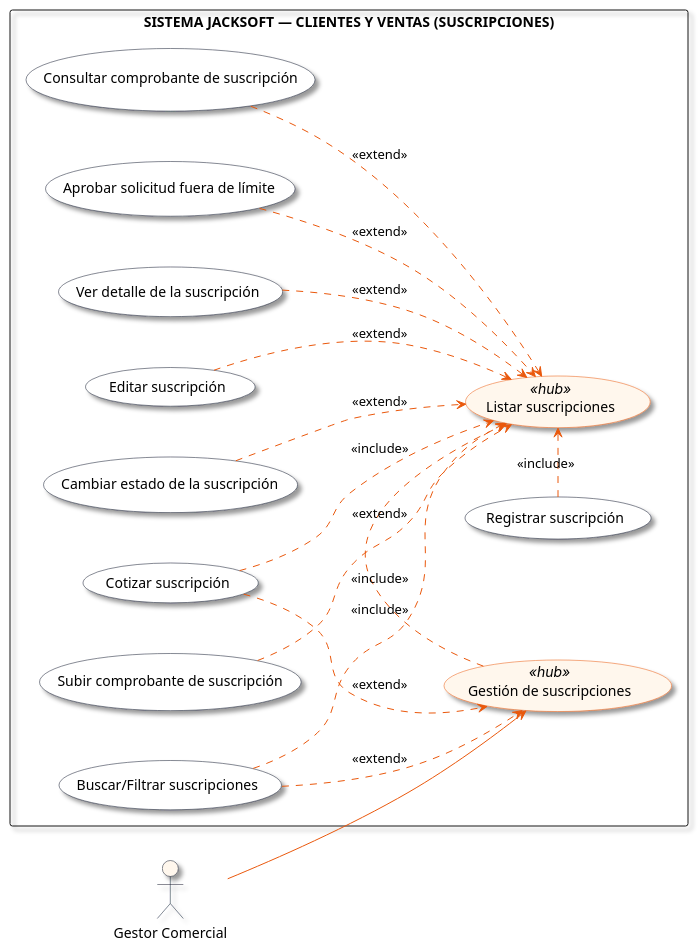
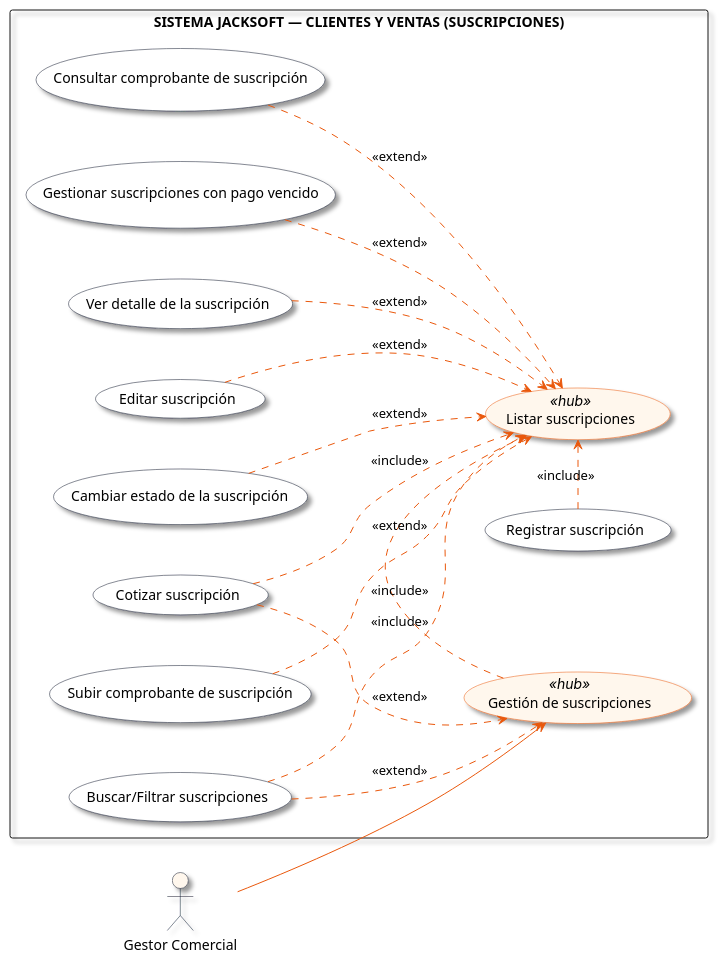
One commit to alejandrogomezmesa1/Documentacion_JackSoft changed the diagram in Diagramas_PUML/SUSCRIPCIONES.puml. Above: the diagram before and after it, drawn with PlantUML. The commit also changed 27 other files, not shown here.

```diff
--- a/Diagramas_PUML/SUSCRIPCIONES.puml
+++ b/Diagramas_PUML/SUSCRIPCIONES.puml
@@ -1,54 +1,54 @@
 @startuml
 left to right direction
 skinparam packageStyle rectangle
 skinparam nodesep 50
 skinparam ranksep 70
 skinparam shadowing true
 skinparam defaultFontName "Inter, Arial, sans-serif"
 
 skinparam actor {
   BorderColor #0f172a
   BackgroundColor #fff7ed
 }
 
 skinparam usecase {
   BackgroundColor #ffffff
   BorderColor #0f172a
   ArrowColor #ea580c
 }
 
 skinparam usecase<<hub>> {
   BackgroundColor #fff7ed
   BorderColor #ea580c
 }
 
 actor "Gestor Comercial" as actor_user
 
 rectangle "SISTEMA JACKSOFT — CLIENTES Y VENTAS (SUSCRIPCIONES)" {
   usecase "Gestión de suscripciones" as UC_Hub <<hub>>
   usecase "Listar suscripciones" as UC_Central <<hub>>
   usecase "Cotizar suscripción" as UC_Top1
   usecase "Registrar suscripción" as UC_Top2
   usecase "Buscar/Filtrar suscripciones" as UC_Bot1
   usecase "Ver detalle de la suscripción" as UC_R1
   usecase "Editar suscripción" as UC_R2
   usecase "Cambiar estado de la suscripción" as UC_R3
   usecase "Subir comprobante de suscripción" as UC_R4
   usecase "Consultar comprobante de suscripción" as UC_R5
-  usecase "Aprobar solicitud fuera de límite" as UC_R6
+  usecase "Gestionar suscripciones con pago vencido" as UC_R6
 }
 
 actor_user --> UC_Hub
 UC_Hub .> UC_Central : <<include>>
 UC_Top1 ..> UC_Hub : <<extend>>
 UC_Top1 .> UC_Central : <<include>>
 UC_Top2 .> UC_Central : <<include>>
 UC_Bot1 ..> UC_Hub : <<extend>>
 UC_Bot1 .> UC_Central : <<include>>
 UC_R1 ..> UC_Central : <<extend>>
 UC_R2 ..> UC_Central : <<extend>>
 UC_R3 ..> UC_Central : <<extend>>
 UC_R4 ..> UC_Central : <<extend>>
 UC_R5 ..> UC_Central : <<extend>>
 UC_R6 ..> UC_Central : <<extend>>
 @enduml
```
